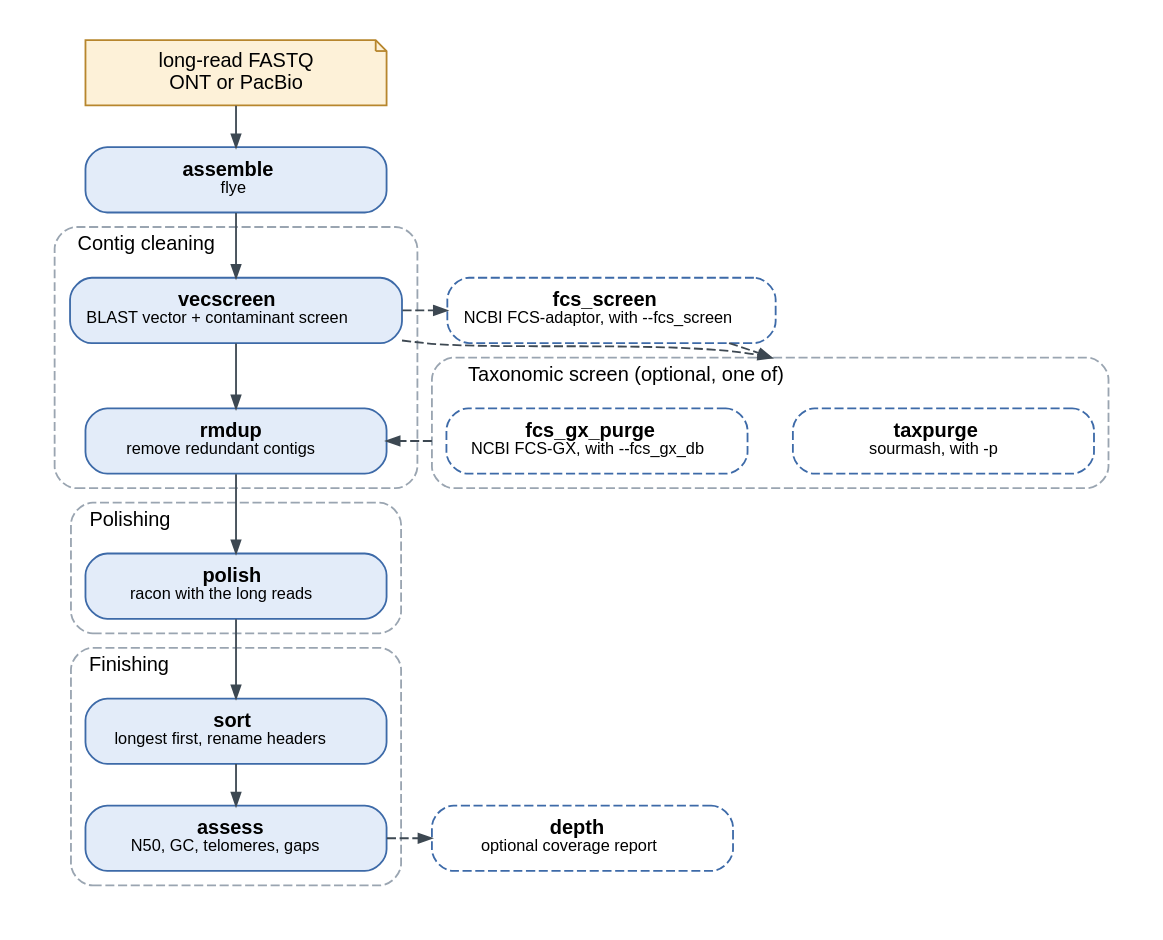
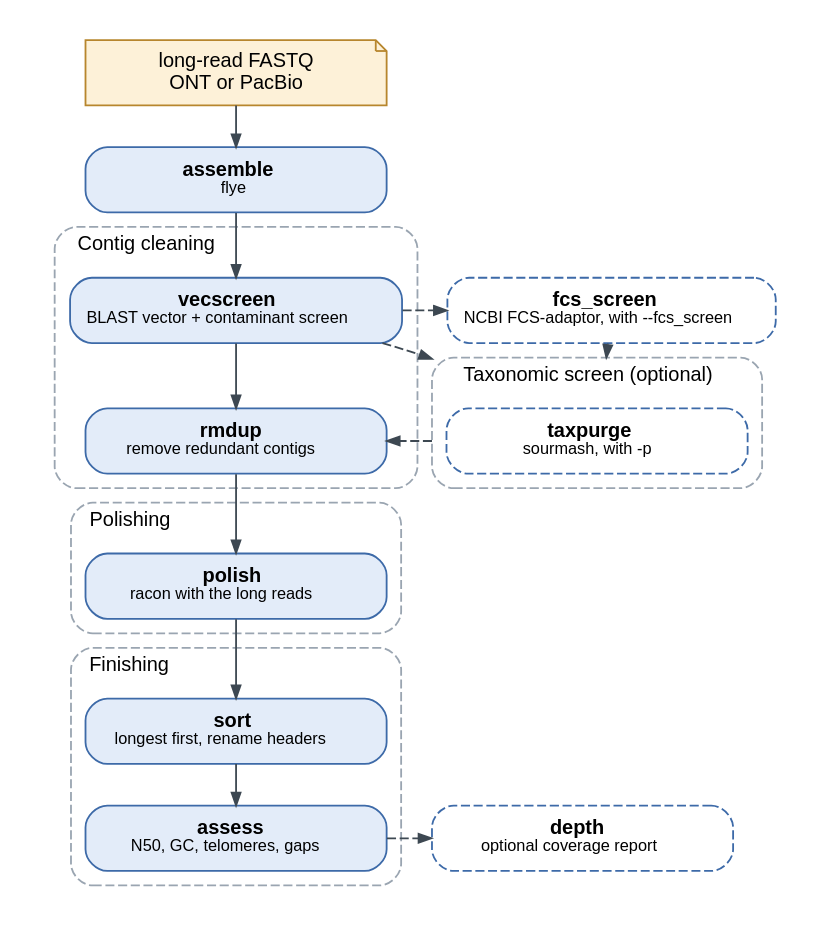
The second of 3 diagrams in docs/workflow.rst (stajichlab/AAFTF), drawn with Graphviz before and after one commit. The commit also changed other lines of this file and 13 other files, not shown here.

First line of the commit message:
Refactor documentation and tests for fcs_gx_purge and related commands

```diff
--- a/docs/workflow.rst
+++ b/docs/workflow.rst
@@ -177,37 +176,36 @@
 .. graphviz::
    :align: center
 
    digraph pipeline_long {
        graph [compound=true, bgcolor="white", pad="0.2", fontname="Helvetica", fontsize=11, nodesep=0.35, ranksep=0.32, newrank=true, labeljust=l, color="#9aa5b1", style="rounded,dashed"]
        node [shape=box, style="rounded,filled", fillcolor="#e3ecf9", color="#3d6aa8", fontname="Helvetica", fontsize=11, width=2.3, height=0.5, margin="0.12,0.05"]
        edge [color="#3d4852", arrowsize=0.7, fontname="Helvetica", fontsize=9, fontcolor="#5f6b7a"]
        reads [label="long-read FASTQ\nONT or PacBio", shape=note, fillcolor="#fdf1d8", color="#b7862d"]
        assemble [label=<<b>assemble</b><br/><font point-size="9">flye</font>>]
        subgraph cluster_clean { label="Contig cleaning"
            vecscreen [label=<<b>vecscreen</b><br/><font point-size="9">BLAST vector + contaminant screen</font>>]
            rmdup [label=<<b>rmdup</b><br/><font point-size="9">remove redundant contigs</font>>]
        }
-       subgraph cluster_taxonomy { label="Taxonomic screen (optional, one of)"
+       subgraph cluster_taxonomy { label="Taxonomic screen (optional)"
            taxpurge [label=<<b>taxpurge</b><br/><font point-size="9">sourmash, with -p</font>>, style="rounded,dashed", fillcolor=white]
-           fcs_gx [label=<<b>fcs_gx_purge</b><br/><font point-size="9">NCBI FCS-GX, with --fcs_gx_db</font>>, style="rounded,dashed", fillcolor=white]
        }
        fcs_screen [label=<<b>fcs_screen</b><br/><font point-size="9">NCBI FCS-adaptor, with --fcs_screen</font>>, style="rounded,dashed", fillcolor=white]
        subgraph cluster_polish { label="Polishing"
            racon [label=<<b>polish</b><br/><font point-size="9">racon with the long reads</font>>]
        }
        subgraph cluster_finish { label="Finishing"
            sort [label=<<b>sort</b><br/><font point-size="9">longest first, rename headers</font>>]
            assess [label=<<b>assess</b><br/><font point-size="9">N50, GC, telomeres, gaps</font>>]
        }
        depth [label=<<b>depth</b><br/><font point-size="9">optional coverage report</font>>, style="rounded,dashed", fillcolor=white]
 
        reads -> assemble -> vecscreen -> rmdup -> racon -> sort -> assess [weight=10]
        vecscreen -> fcs_screen [style=dashed]
        {rank=same; vecscreen; fcs_screen}
        vecscreen -> taxpurge [style=dashed, lhead=cluster_taxonomy]
        fcs_screen -> taxpurge [style=dashed, lhead=cluster_taxonomy, constraint=false]
-       fcs_gx -> rmdup [style=dashed, ltail=cluster_taxonomy]
+       taxpurge -> rmdup [style=dashed, ltail=cluster_taxonomy]
        assess -> depth [style=dashed]
-       {rank=same; rmdup; taxpurge; fcs_gx}
+       {rank=same; rmdup; taxpurge}
        {rank=same; assess; depth}
    }
```
